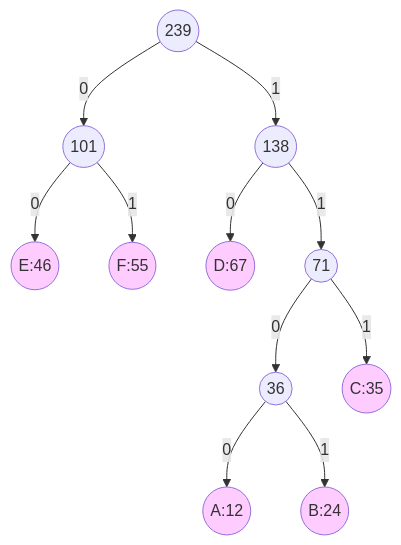
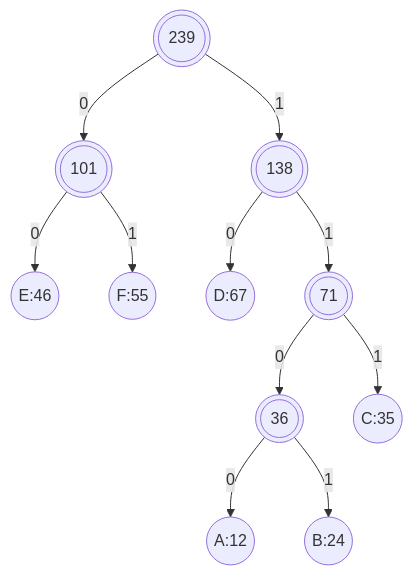
Before and after one commit to dmjcb/dmjcb.github.io: the seventh of 7 diagrams in _posts/DataStructure/Tree/BinaryTree/2020-01-16-哈夫曼树.md, drawn with Mermaid. The commit also changed other lines of this file and 78 other files, not shown here.

Commit message:
更新git部分图片;添加工作台图片

````diff
--- a/_posts/DataStructure/Tree/BinaryTree/2020-01-16-哈夫曼树.md
+++ b/_posts/DataStructure/Tree/BinaryTree/2020-01-16-哈夫曼树.md
@@ -153,29 +141,27 @@
 ```mermaid
 graph TB
-    C((C:35)):::Style
-    D((D:67)):::Style
-    E((E:46)):::Style
-    F((F:55)):::Style
+    C((C:35))
+    D((D:67))
+    E((E:46))
+    F((F:55))
 
-    Z((101))
+    Z(((101)))
     Z --0--> E
     Z --1--> F
 
-    W((138))
+    W(((138)))
     W --0--> D
     W --1--> Y
 
-    V((239))
+    V(((239)))
     V --0--> Z
     V --1--> W
 
-    Y((71))
-    X((36)) 
+    Y(((71)))
+    X(((36))) 
 
     Y --0--> X
-    Y --1--> C((C:35)):::Style
-    X --0--> A((A:12)):::Style
-    X --1--> B((B:24)):::Style
-
-    classDef Style fill:#FFCCFF
+    Y --1--> C((C:35))
+    X --0--> A((A:12))
+    X --1--> B((B:24))
 ```
````
